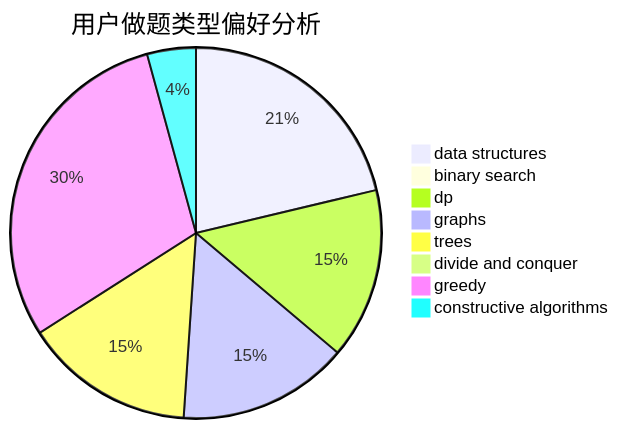
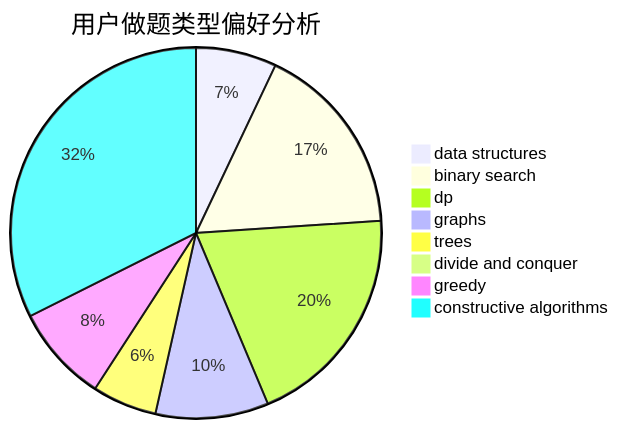
One commit to sherpahu/cfrs.github.io changed the second of 3 diagrams in docs/user/u2341.md. Above: the diagram before and after it, drawn with Mermaid. The commit also changed other lines of this file and 2770 other files, not shown here.

````diff
--- a/docs/user/u2341.md
+++ b/docs/user/u2341.md
@@ -23,11 +23,11 @@
 ```mermaid
 pie title 用户做题类型偏好分析
-    "data structures" :  10
-    "binary search" :  0
-    "dp" :  7
+    "data structures" :  5
+    "binary search" :  12
+    "dp" :  14
     "graphs" :  7
-    "trees" :  7
+    "trees" :  4
     "divide and conquer" :  0
-    "greedy" :  14
-    "constructive algorithms" :  2
+    "greedy" :  6
+    "constructive algorithms" :  23
 ```
````
